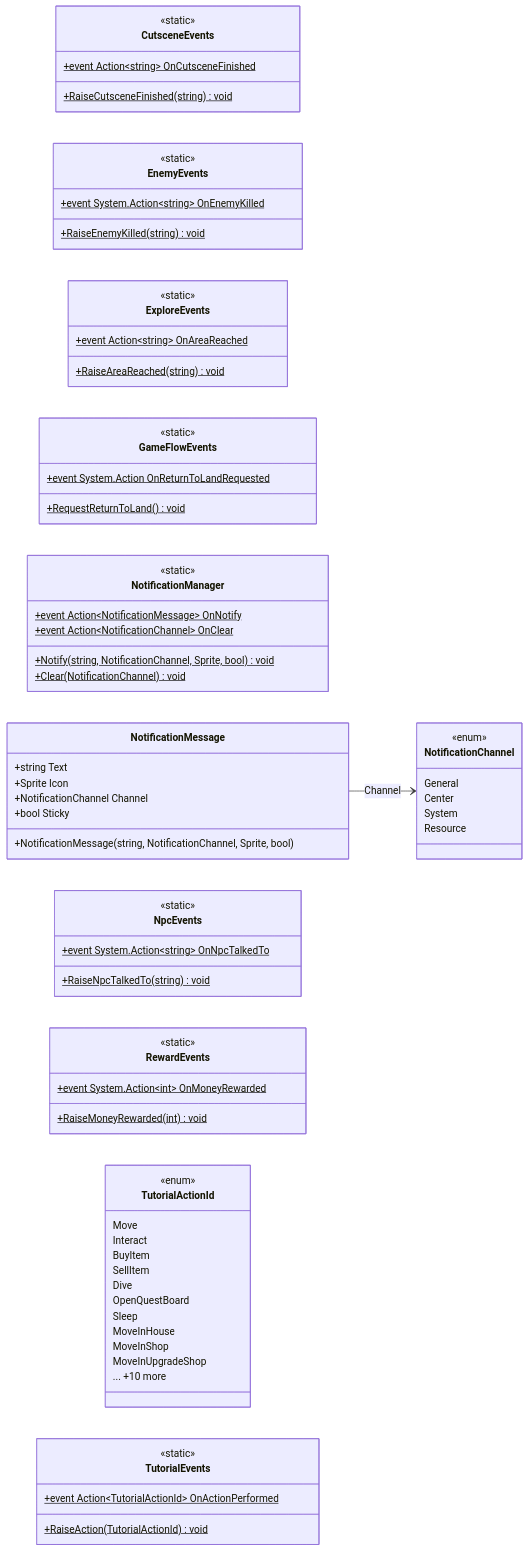
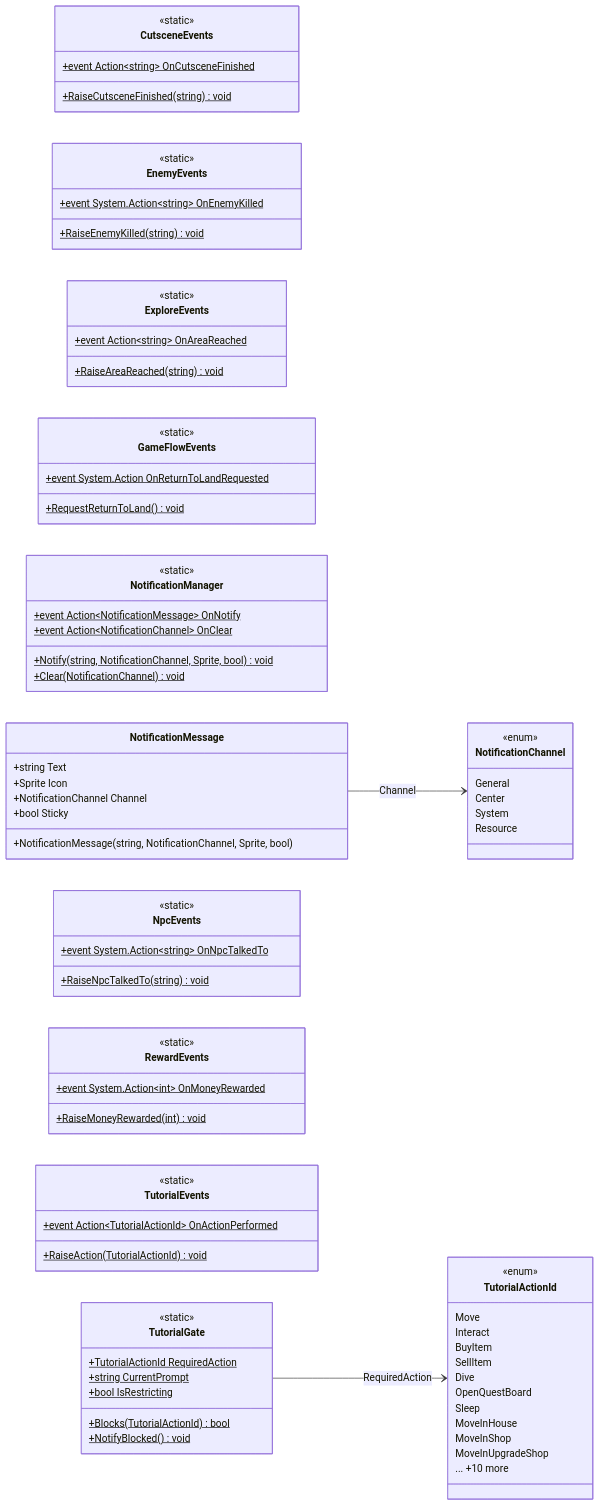
The diagram in docs/uml/modules/Core_Events.md (PhumipatWave/project-ocean), drawn with Mermaid before and after one commit. The commit also changed other lines of this file and 65 other files, not shown here.

````diff
--- a/docs/uml/modules/Core_Events.md
+++ b/docs/uml/modules/Core_Events.md
@@ -77,5 +77,14 @@
     +event Action~TutorialActionId~ OnActionPerformed$
     +RaiseAction(TutorialActionId)$ void
   }
+  class TutorialGate {
+    <<static>>
+    +TutorialActionId RequiredAction$
+    +string CurrentPrompt$
+    +bool IsRestricting$
+    +Blocks(TutorialActionId)$ bool
+    +NotifyBlocked()$ void
+  }
   NotificationMessage --> NotificationChannel : Channel
+  TutorialGate --> TutorialActionId : RequiredAction
 ```
````
